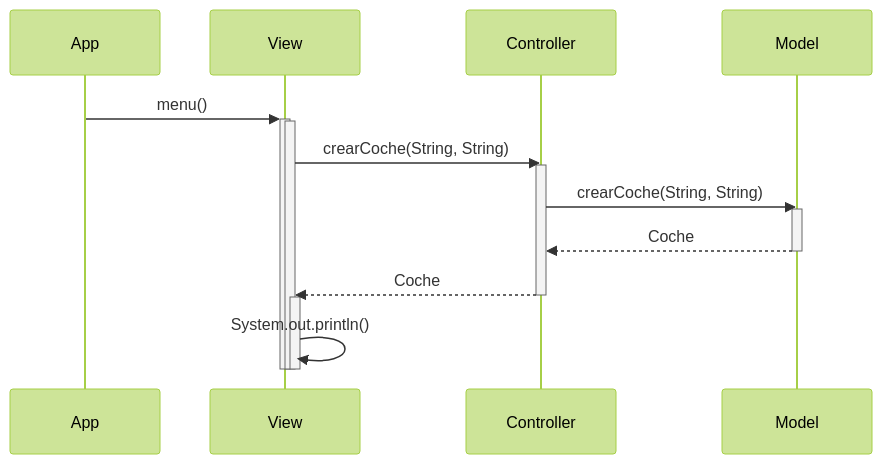
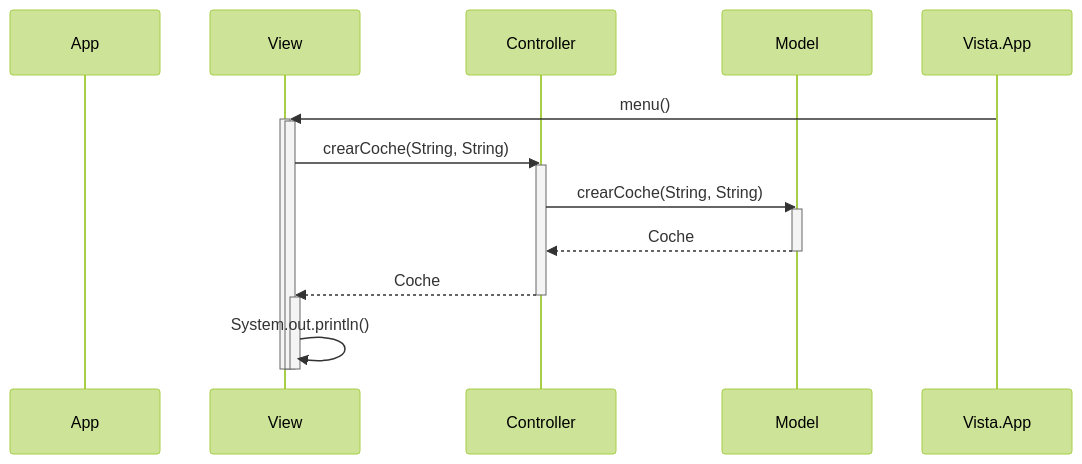
The second of 5 diagrams in Readme.md (frannprego/MVC_coches), drawn with Mermaid (forest theme) before and after one commit. The commit also changed other lines of this file, not shown here.

````diff
--- a/Readme.md
+++ b/Readme.md
@@ -42,22 +42,22 @@
 ```mermaid
 sequenceDiagram
     participant App
     participant View
     participant Controller
     participant Model
 
-    App->>+View: menu()
+    Vista.App->>+View: menu()
     activate View
     View->>Controller: crearCoche(String, String)
     activate Controller
     Controller->>Model: crearCoche(String, String)
     activate Model
     Model-->>Controller: Coche
     deactivate Model
     Controller-->>View: Coche
     deactivate Controller
     activate View
     View->>-View: System.out.println()
     deactivate View
     deactivate View
 ```
````
